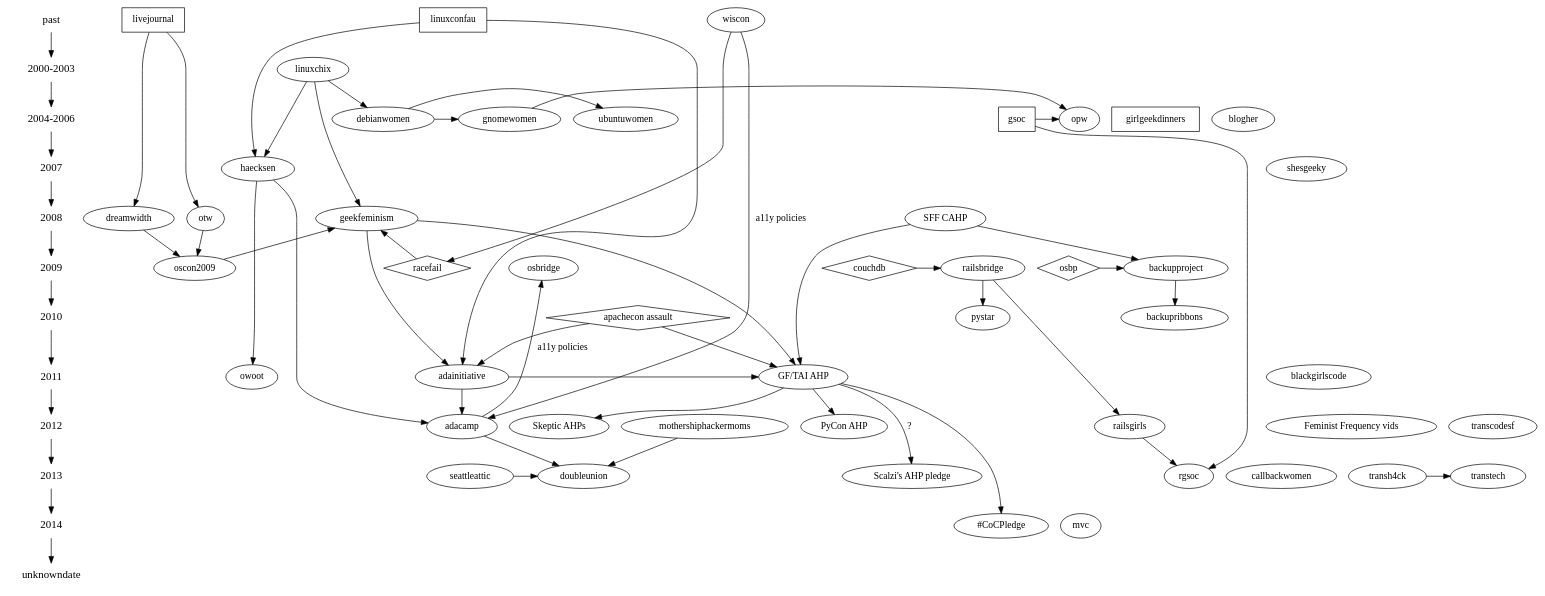
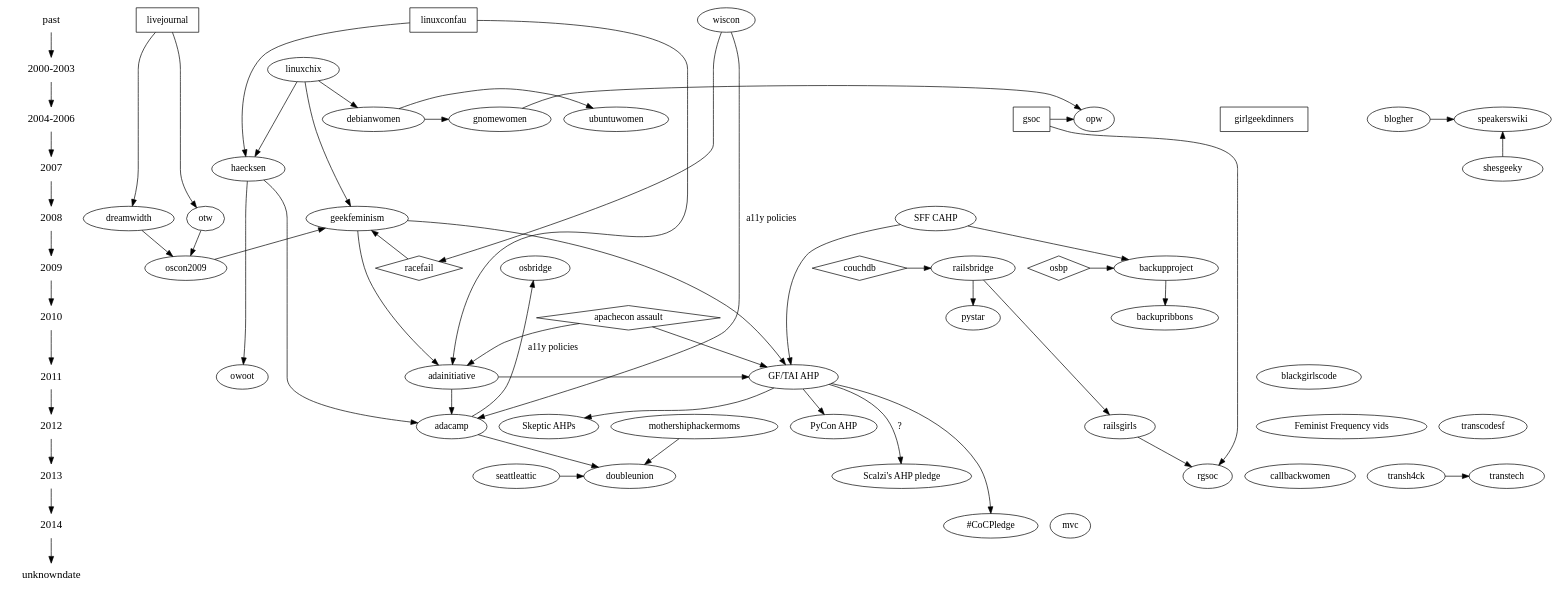
The diagram in gfft.dot (brainwane/gf-family-tree), drawn with Graphviz before and after one commit. The commit also changed 1 other file, not shown here.

Commit message:
added speaker's wiki

```diff
--- a/gfft.dot
+++ b/gfft.dot
@@ -1,152 +1,157 @@
 digraph GeekFeminismFamilyTree {
 
   /*
      The following shapes are used for different types of things:
      oval = geek feminist/women-in-tech/etc organisation
      rectangle = orgs that aren't particularly feminist, but are influential
      diamond = event/incident (cf. GF wiki "Timeline of Incidents")
   */
 
   /*
      And this section lays out the history in terms of years.
   */
 
   {
     node [shape=plaintext, fontsize=16];
     past -> "2000-2003" -> "2004-2006" -> 2007 -> 2008 -> 2009 -> 2010 -> 2011 -> 2012 -> 2013 -> 2014 -> unknowndate;
   }
   { rank = same; past; livejournal; wiscon; linuxconfau}
   { rank = same; "2000-2003"; linuxchix; }
-  { rank = same; "2004-2006"; gsoc; opw; ubuntuwomen; gnomewomen; debianwomen; girlgeekdinners; blogher; }
+  { rank = same; "2004-2006"; gsoc; opw; ubuntuwomen; gnomewomen; debianwomen; girlgeekdinners; blogher; speakerswiki}
   { rank = same; 2007; haecksen; shesgeeky; }
   { rank = same; 2008; "SFF CAHP"; geekfeminism; dreamwidth; otw; }
   { rank = same; 2009; oscon2009; racefail; couchdb; railsbridge; osbp; backupproject; osbridge; }
   { rank = same; 2010; "apachecon assault"; backupribbons;}
   { rank = same; 2011; adainitiative; "GF/TAI AHP"; owoot; blackgirlscode }
   { rank = same; 2012; adacamp; railsgirls; "Skeptic AHPs"; "PyCon AHP"; "Feminist Frequency vids"; transcodesf; }
   { rank = same; 2013; seattleattic; doubleunion; rgsoc; callbackwomen; "Scalzi's AHP pledge"; transh4ck; transtech; }
   { rank = same; 2014; mvc; "#CoCPledge"; }
   { rank = same; 2014; mvc }
   { rank = same; unknowndate; }
 
   /* GGD explicitly identify as non-feminist
    * news.bbc.co.uk/2/hi/technology/8663593.stm */
   girlgeekdinners [shape=rectangle]
 
   /* Skud set up the GF wiki in 2008, mostly inspired by earlier "women
    * in open source" communities such as linuxchix */
   linuxchix -> geekfeminism;
 
   /* in 2009, Racefail introduced Skud and other GF wiki contributors to
    * a lot of new ideas */
   racefail -> geekfeminism;
   racefail [shape=diamond];
 
   /* in 2010, the Noirin Plunkett's assault at ApacheCon triggered
    * discussions about anti-harassment that would lead to the formation
    * of the Ada Initiative */
   "apachecon assault" -> adainitiative;
   "apachecon assault" [shape=diamond];
 
   /* GF (esp. volunteer burnout) was an influence on TAI */
   geekfeminism -> adainitiative;
 
   /* The first TAI discussions were held at LCA */
   linuxconfau -> adainitiative;
   linuxconfau [shape=rectangle];
 
   /* TAI wrote the first conf anti-harassment poilcy in response to the
    * apachecon assault */
   "apachecon assault" -> "GF/TAI AHP"
   "geekfeminism" -> "GF/TAI AHP"
   "adainitiative" -> "GF/TAI AHP"
 
   /* The Con Anti-Harassment Policy (out of SFF fandom) also inspired it */
   "SFF CAHP" -> "GF/TAI AHP"
 
   /* Vaguely related: Open Source Boob Project and Backup Project */
   osbp -> backupproject
   osbp [shape=diamond]
   "SFF CAHP" -> backupproject
   backupproject -> backupribbons;
 
   /* The GF/TAI AHP inspired the PyCon variant */
   "GF/TAI AHP" -> "PyCon AHP";
 
   /* The GF/TAI AHP inspired the skeptic variants */
   "GF/TAI AHP" -> "Skeptic AHPs";
   "GF/TAI AHP" -> "#CoCPledge";
 
   /* Causation here is less clear. */
   "GF/TAI AHP" -> "Scalzi's AHP pledge" [label="?"];
 
   adainitiative -> adacamp;
 
   /* Adacamp was inspired in some ways by Wiscon, eg. accessibility */
   wiscon -> adacamp [label="a11y policies"];
   /* and then open source bridge picked up some of that from adacamp */
   adacamp -> osbridge [label="a11y policies"];
 
   /* DoubleUnion came out of AdaCamp SF in 2013 */
   adacamp -> doubleunion;
   /* pretty sure mothership hackermoms was also an inspiration? */
   mothershiphackermoms -> doubleunion;
   seattleattic -> doubleunion;
 
   /* Various early women-in-open-source mailing lists etc */
   linuxchix -> debianwomen;
   debianwomen -> ubuntuwomen;
   /* Direct ancestry, because Hanna Wallach did debianwomen first and
    * then GNOME Women, and was never a big participant in LinuxChix*/
   debianwomen -> gnomewomen;
   haecksen -> owoot;
 
   /* Gnome Outreach Program for Women, now FOSS OPW */
   gnomewomen -> opw;
   /* "The Outreach Program for Women (OPW) was inspired by Google's
    * Summer of Code and by how few women applied for it."
    * via gnome.org/opw (why can't I include double slashes in a comment?)
    */
   gsoc -> opw;
   gsoc [shape=rectangle]
 
   /* LinuxChix inspired the Haecksen miniconf at LCA */
   linuxchix -> haecksen;
   linuxconfau -> haecksen;
 
   /* Both creations of Mary Gardiner's, one of the inputs to AdaCamp is
      what wasn't possible with Haecksen */
   haecksen -> adacamp;
 
   /* RailsBridge happened in response to the CouchDB incident at
    * GoGaRuCo */
   couchdb -> railsbridge;
   couchdb [shape=diamond];
   railsbridge -> pystar;
   railsbridge -> railsgirls;
 
   /* There's now a rails girls summer of code */
 
   railsgirls -> rgsoc;
   gsoc -> rgsoc;
 
   wiscon -> racefail;
 
   /* Livejournal (esp. their fail) inspired DW and OTW */
   livejournal -> dreamwidth;
   livejournal -> otw;
   livejournal [shape=rectangle]
 
   /* Dreamwidth and OTW inspired Skud's 2009 OSCON keynote */
   dreamwidth -> oscon2009;
   otw -> oscon2009;
 
   /* GF blog came out of the oscon2009 keynote, as a place to have
    * ongoing conversations */
   oscon2009 -> geekfeminism;
 
   /* Trans*H4CK inspired the Transtech meetups
    * lukasblakk.com/why-i-was-part-of-creating-a-thing-called-transtech/ */
   transh4ck -> transtech;
 
+  /* Speaker's wiki (www.socialtext.net/speakers) came out of BlogHer
+   * '05 and is supported by She's Geeky */
+  blogher -> speakerswiki;
+  shesgeeky -> speakerswiki;
+
 }
```
